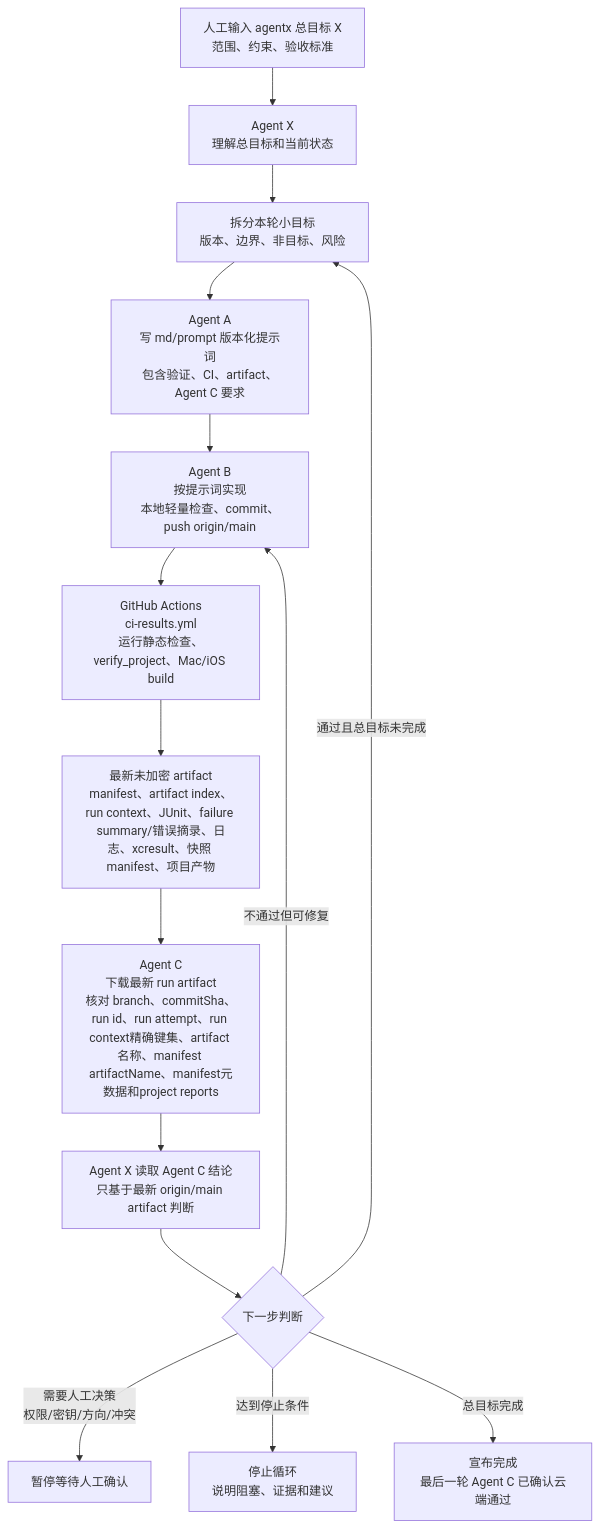
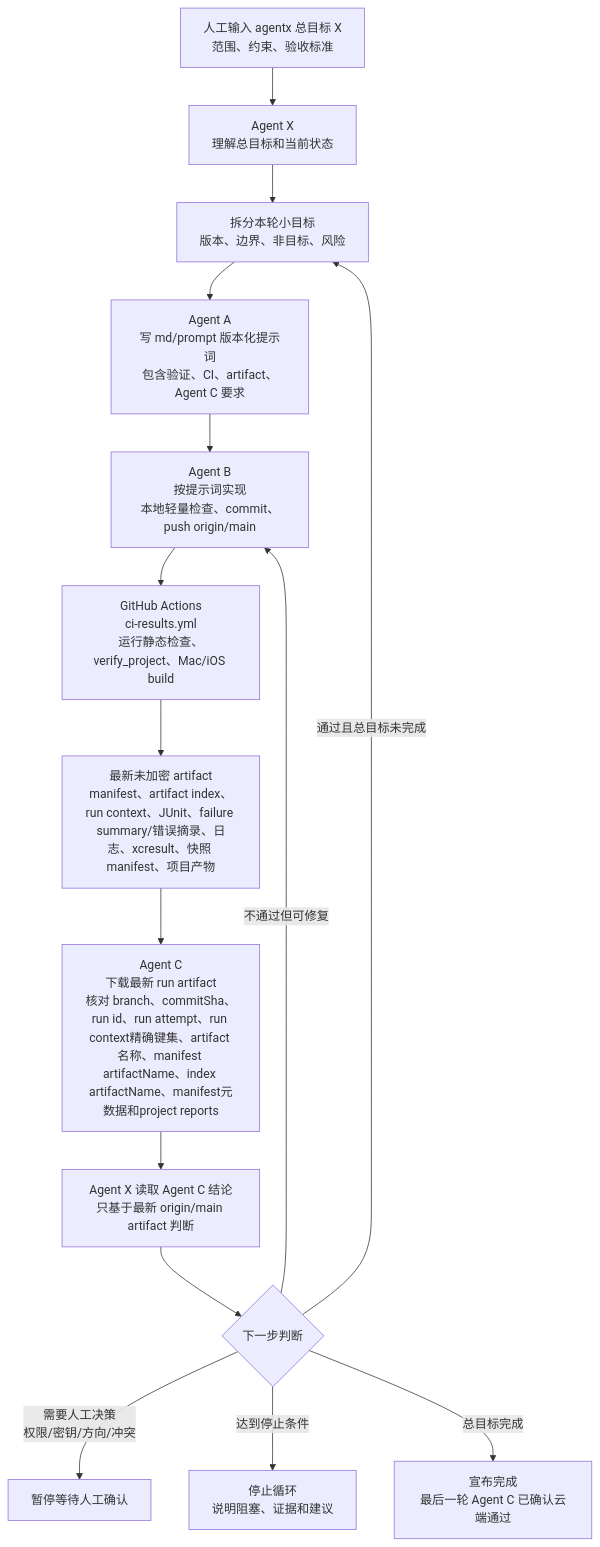
The sixth of 6 diagrams in md/flow/flowchart.md (Altman-sam114/114), drawn with Mermaid before and after one commit. The commit also changed other lines of this file and 8 other files, not shown here.

Commit message:
v0.74: 复判 artifact index 名称锚点

````diff
--- a/md/flow/flowchart.md
+++ b/md/flow/flowchart.md
@@ -131,17 +131,17 @@
 ```mermaid
 flowchart TD
   H["人工输入 agentx 总目标 X<br/>范围、约束、验收标准"] --> X0["Agent X<br/>理解总目标和当前状态"]
   X0 --> X1["拆分本轮小目标<br/>版本、边界、非目标、风险"]
   X1 --> A["Agent A<br/>写 md/prompt 版本化提示词<br/>包含验证、CI、artifact、Agent C 要求"]
   A --> B["Agent B<br/>按提示词实现<br/>本地轻量检查、commit、push origin/main"]
   B --> CI["GitHub Actions<br/>ci-results.yml<br/>运行静态检查、verify_project、Mac/iOS build"]
   CI --> ART["最新未加密 artifact<br/>manifest、artifact index、run context、JUnit、failure summary/错误摘录、日志、xcresult、快照 manifest、项目产物"]
-  ART --> C["Agent C<br/>下载最新 run artifact<br/>核对 branch、commitSha、run id、run attempt、run context精确键集、artifact 名称、manifest artifactName、manifest元数据和project reports"]
+  ART --> C["Agent C<br/>下载最新 run artifact<br/>核对 branch、commitSha、run id、run attempt、run context精确键集、artifact 名称、manifest artifactName、index artifactName、manifest元数据和project reports"]
   C --> X2["Agent X 读取 Agent C 结论<br/>只基于最新 origin/main artifact 判断"]
   X2 --> D{"下一步判断"}
   D -->|通过且总目标未完成| X1
   D -->|不通过但可修复| B
   D -->|需要人工决策<br/>权限/密钥/方向/冲突| P["暂停等待人工确认"]
   D -->|达到停止条件| S["停止循环<br/>说明阻塞、证据和建议"]
   D -->|总目标完成| DONE["宣布完成<br/>最后一轮 Agent C 已确认云端通过"]
 ```
````
